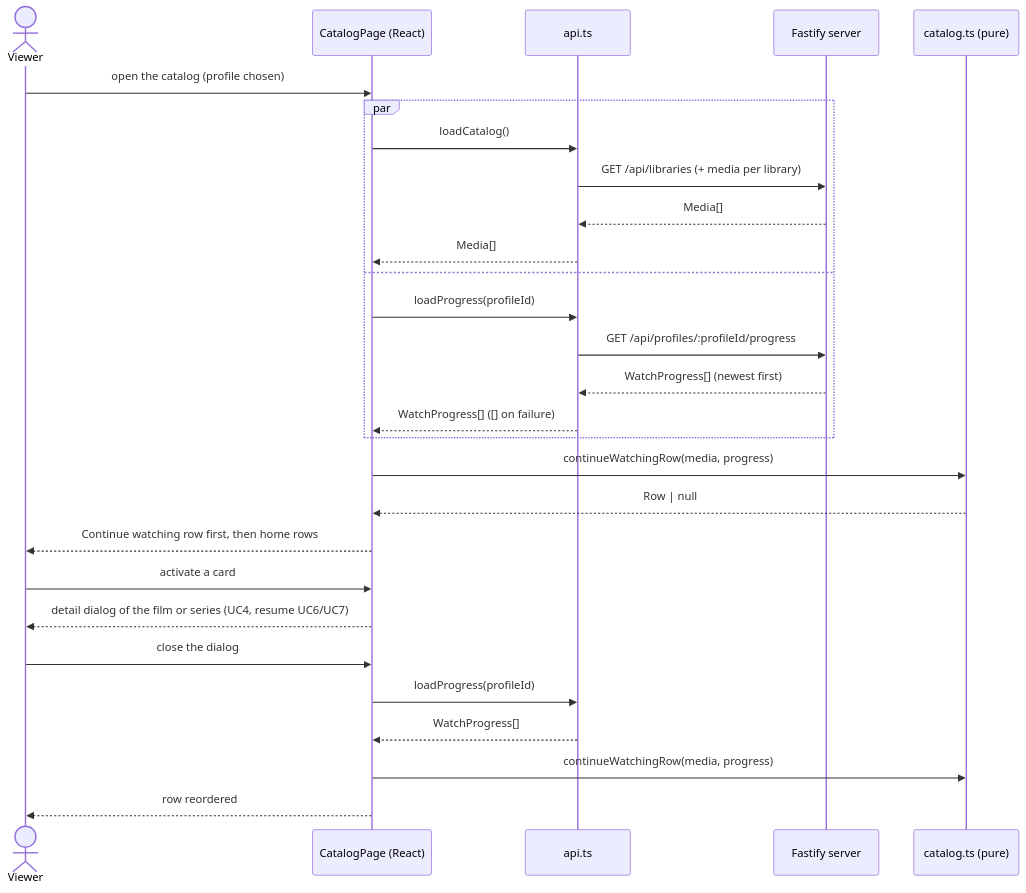
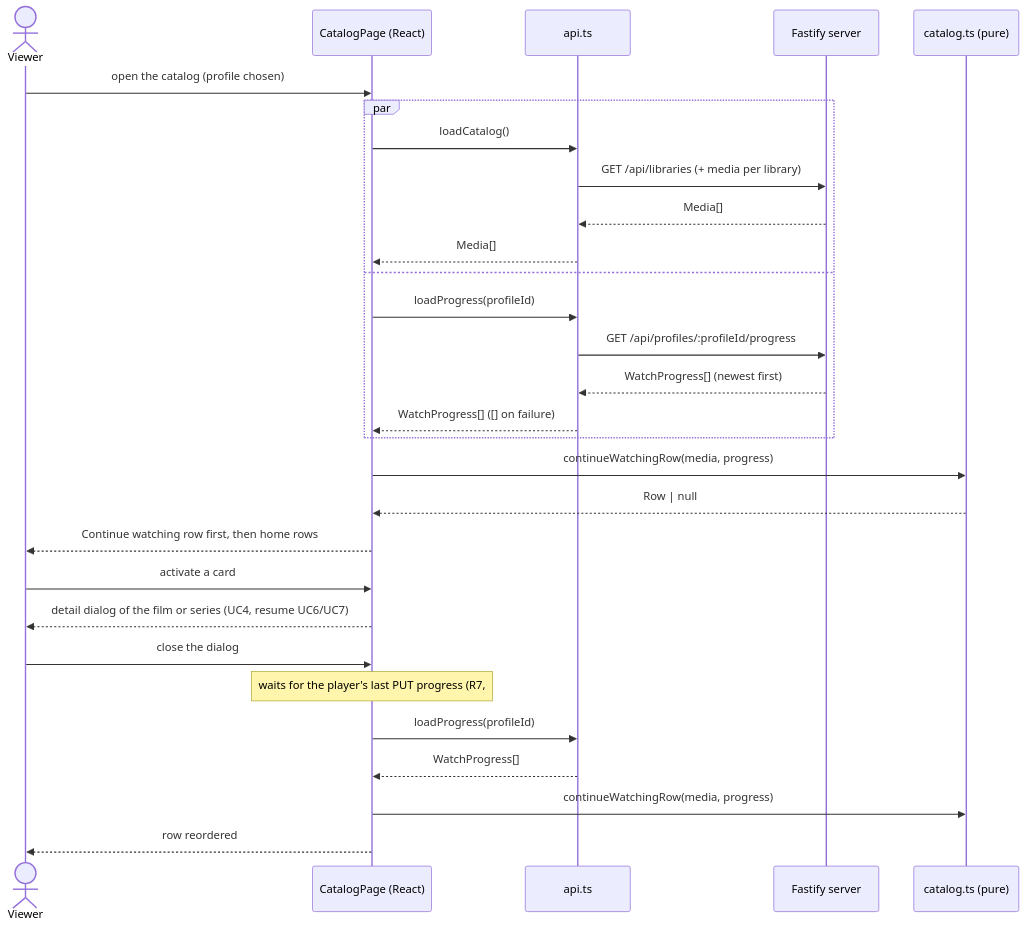
The diagram in docs/architecture/diagrams/catalog/06-sequence-continue-watching.md (benoit-bremaud/popcorntv), drawn with Mermaid before and after one commit. The commit also changed other lines of this file and 3 other files, not shown here.

Commit message:
docs(catalog): wait for the last save in the continue watching sequence

````diff
--- a/docs/architecture/diagrams/catalog/06-sequence-continue-watching.md
+++ b/docs/architecture/diagrams/catalog/06-sequence-continue-watching.md
@@ -8,31 +8,32 @@
 ```mermaid
 sequenceDiagram
   actor Viewer
   participant Page as CatalogPage (React)
   participant Api as api.ts
   participant Server as Fastify server
   participant Cat as catalog.ts (pure)
 
   Viewer->>Page: open the catalog (profile chosen)
   par
     Page->>Api: loadCatalog()
     Api->>Server: GET /api/libraries (+ media per library)
     Server-->>Api: Media[]
     Api-->>Page: Media[]
   and
     Page->>Api: loadProgress(profileId)
     Api->>Server: GET /api/profiles/:profileId/progress
     Server-->>Api: WatchProgress[] (newest first)
     Api-->>Page: WatchProgress[] ([] on failure)
   end
   Page->>Cat: continueWatchingRow(media, progress)
   Cat-->>Page: Row | null
   Page-->>Viewer: Continue watching row first, then home rows
   Viewer->>Page: activate a card
   Page-->>Viewer: detail dialog of the film or series (UC4, resume UC6/UC7)
   Viewer->>Page: close the dialog
+  Note over Page: waits for the player's last PUT progress (R7, #140)
   Page->>Api: loadProgress(profileId)
   Api-->>Page: WatchProgress[]
   Page->>Cat: continueWatchingRow(media, progress)
   Page-->>Viewer: row reordered
 ```
````
